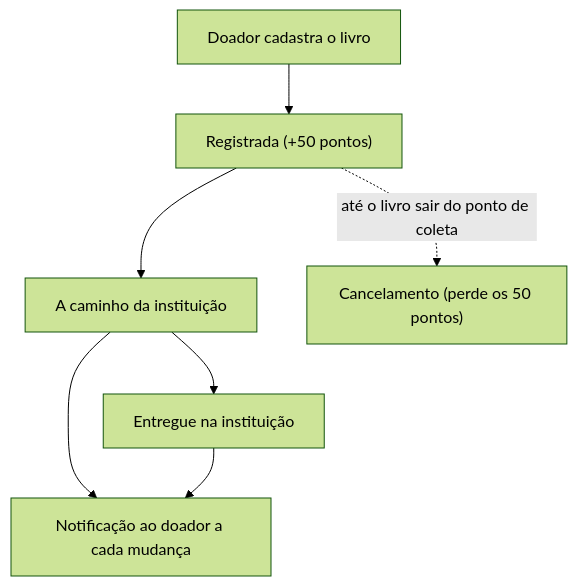
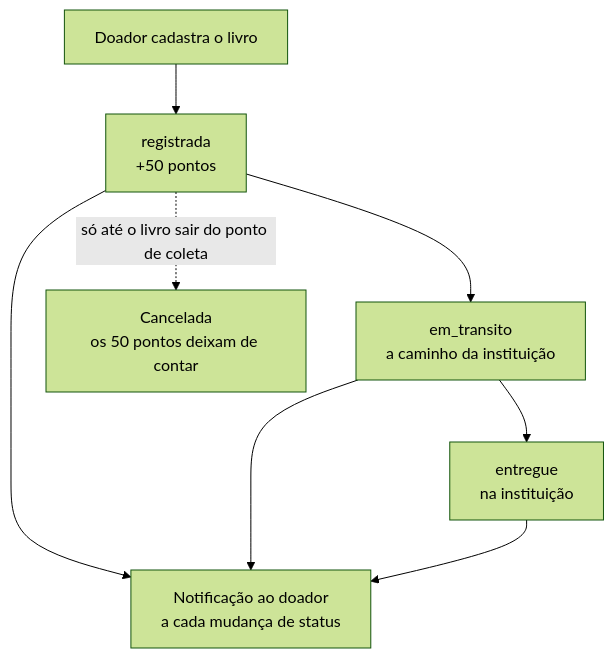
The third of 3 diagrams in README.md (EducaBem/EducaBem), drawn with Mermaid (forest theme) before and after one commit. The commit also changed other lines of this file and 19 other files, not shown here.

````diff
--- a/README.md
+++ b/README.md
@@ -97,9 +228,10 @@
 ```mermaid
 flowchart TD
-  A["Doador cadastra o livro"] --> B["Registrada (+50 pontos)"]
-  B --> E["A caminho da instituição"]
-  E --> F["Entregue na instituição"]
-  B -. "até o livro sair do ponto de coleta" .-> D["Cancelamento (perde os 50 pontos)"]
-  E --> N["Notificação ao doador a cada mudança"]
-  F --> N
+  A["Doador cadastra o livro"] --> B["registrada<br/>+50 pontos"]
+  B --> C["em_transito<br/>a caminho da instituição"]
+  C --> D["entregue<br/>na instituição"]
+  B -.->|"só até o livro sair do ponto de coleta"| X["Cancelada<br/>os 50 pontos deixam de contar"]
+  B --> N["Notificação ao doador<br/>a cada mudança de status"]
+  C --> N
+  D --> N
 ```
````
